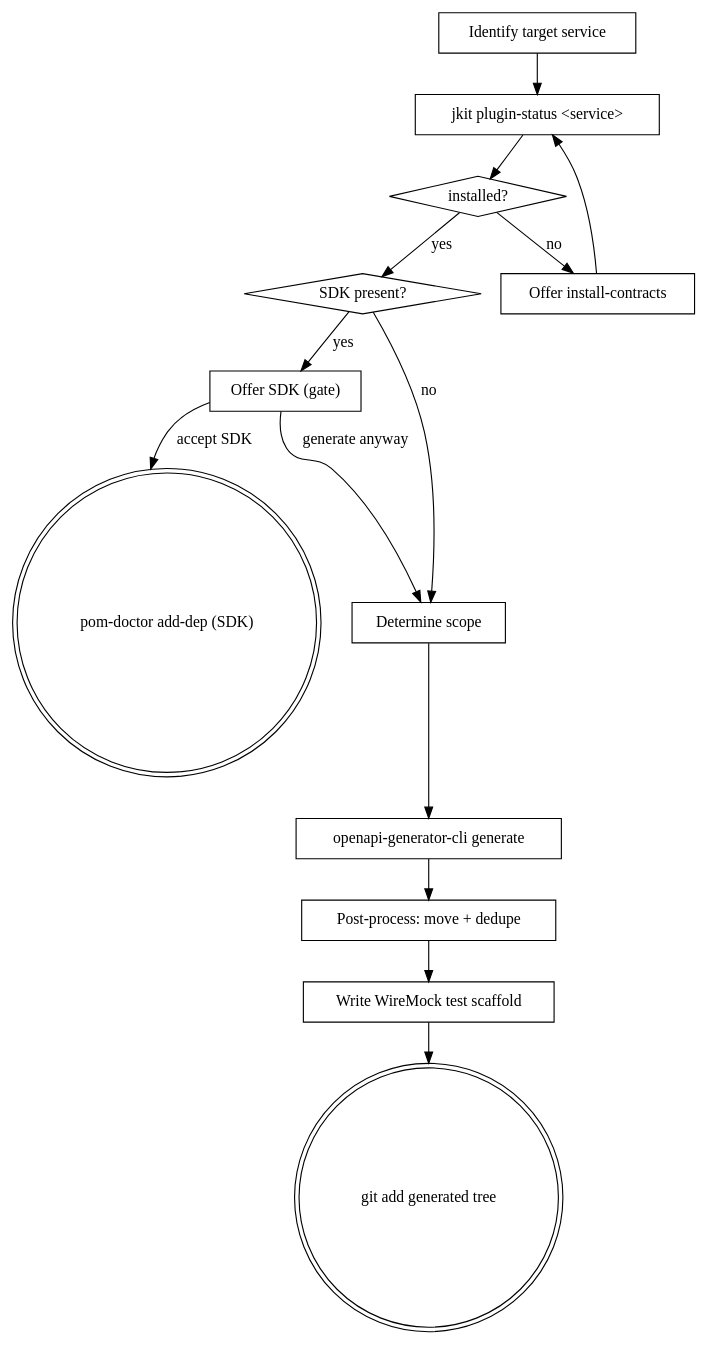
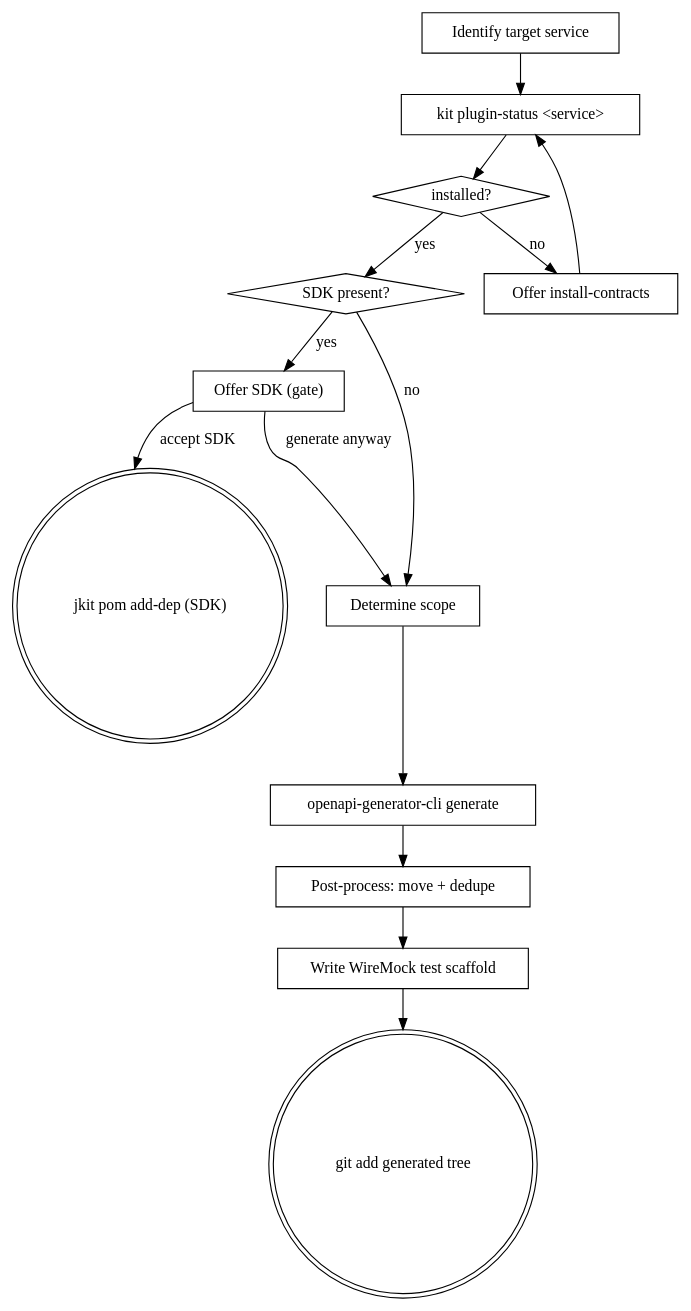
Before and after one commit to honghaowuu/jkit: the diagram in skills/generate-feign/SKILL.md, drawn with Graphviz. The commit also changed other lines of this file and 15 other files, not shown here.

````diff
--- a/skills/generate-feign/SKILL.md
+++ b/skills/generate-feign/SKILL.md
@@ -34,30 +34,30 @@
 ```dot
 digraph generate_feign {
     "Identify target service" [shape=box];
-    "jkit plugin-status <service>" [shape=box];
+    "kit plugin-status <service>" [shape=box];
     "installed?" [shape=diamond];
     "Offer install-contracts" [shape=box];
     "SDK present?" [shape=diamond];
     "Offer SDK (gate)" [shape=box];
-    "pom-doctor add-dep (SDK)" [shape=doublecircle];
+    "jkit pom add-dep (SDK)" [shape=doublecircle];
     "Determine scope" [shape=box];
     "openapi-generator-cli generate" [shape=box];
     "Post-process: move + dedupe" [shape=box];
     "Write WireMock test scaffold" [shape=box];
     "git add generated tree" [shape=doublecircle];
 
-    "Identify target service" -> "jkit plugin-status <service>";
-    "jkit plugin-status <service>" -> "installed?";
+    "Identify target service" -> "kit plugin-status <service>";
+    "kit plugin-status <service>" -> "installed?";
     "installed?" -> "Offer install-contracts" [label="no"];
-    "Offer install-contracts" -> "jkit plugin-status <service>";
+    "Offer install-contracts" -> "kit plugin-status <service>";
     "installed?" -> "SDK present?" [label="yes"];
     "SDK present?" -> "Offer SDK (gate)" [label="yes"];
-    "Offer SDK (gate)" -> "pom-doctor add-dep (SDK)" [label="accept SDK"];
+    "Offer SDK (gate)" -> "jkit pom add-dep (SDK)" [label="accept SDK"];
     "Offer SDK (gate)" -> "Determine scope" [label="generate anyway"];
     "SDK present?" -> "Determine scope" [label="no"];
     "Determine scope" -> "openapi-generator-cli generate";
     "openapi-generator-cli generate" -> "Post-process: move + dedupe";
     "Post-process: move + dedupe" -> "Write WireMock test scaffold";
     "Write WireMock test scaffold" -> "git add generated tree";
 }
 ```
````
